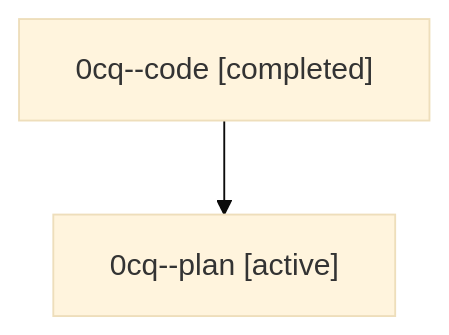
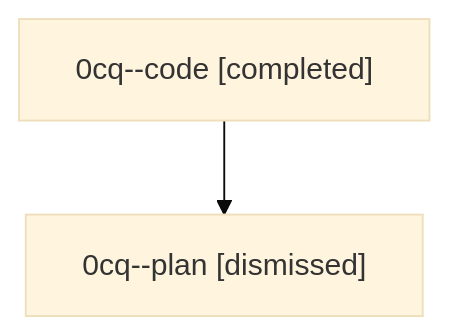
One commit to sase-org/sase--agents changed the diagram in sessions/bbugyi200.athena.0cq.md. Above: the diagram before and after it, drawn with Mermaid (base theme). The commit also changed other lines of this file and 24 other files, not shown here.

````diff
--- a/sessions/bbugyi200.athena.0cq.md
+++ b/sessions/bbugyi200.athena.0cq.md
@@ -9,6 +9,6 @@
 ```mermaid
 flowchart TD
   n0["0cq--code [completed]"]
-  n1["0cq--plan [active]"]
+  n1["0cq--plan [dismissed]"]
   n0 --> n1
 ```
````
